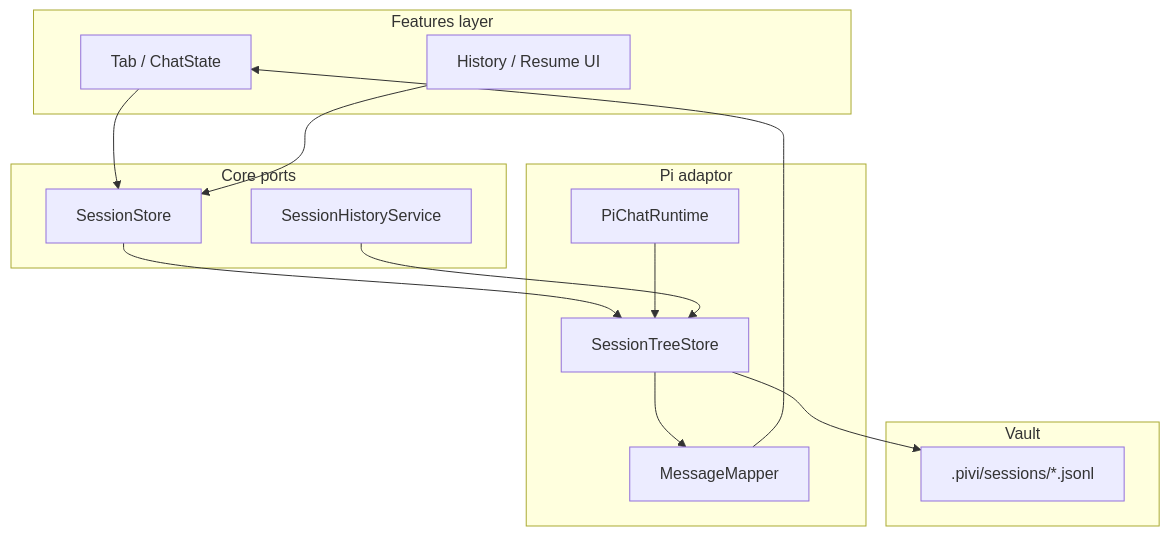
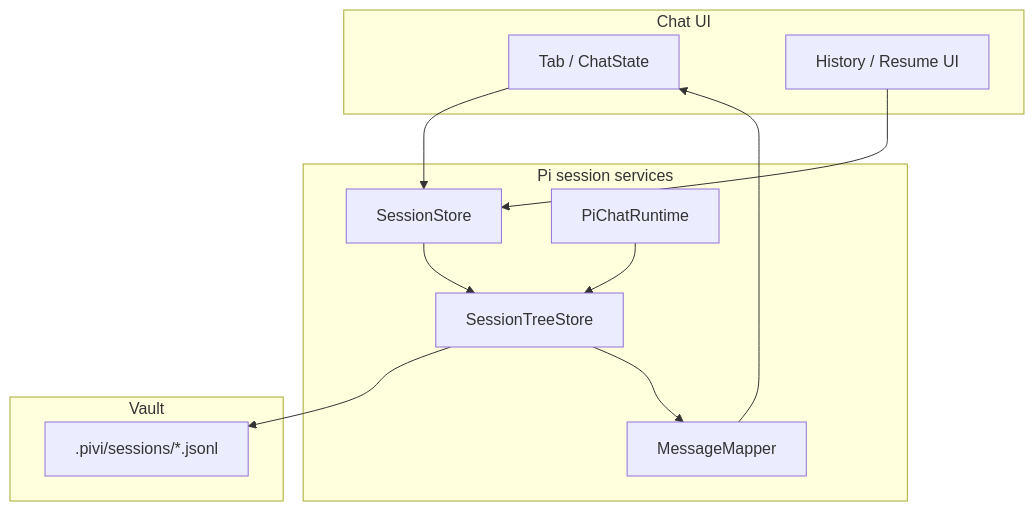
One commit to shuuul/obsidian-pivi changed the diagram in docs/specs/session-tree-spec.md. Above: the diagram before and after it, drawn with Mermaid. The commit also changed other lines of this file and 155 other files, not shown here.

````diff
--- a/docs/specs/session-tree-spec.md
+++ b/docs/specs/session-tree-spec.md
@@ -135,28 +135,24 @@
 ```mermaid
 flowchart TB
-  subgraph ui [Features layer]
+  subgraph ui [Chat UI]
     Tab[Tab / ChatState]
     Hist[History / Resume UI]
   end
-  subgraph core [Core ports]
+  subgraph pi [Pi session services]
     SS[SessionStore]
-    CH[SessionHistoryService]
-  end
-  subgraph pi [Pi adaptor]
     Bridge[SessionTreeStore]
     Map[MessageMapper]
     Runtime[PiChatRuntime]
   end
   subgraph disk [Vault]
     JSONL[".pivi/sessions/*.jsonl"]
   end
 
   Tab --> SS
   Hist --> SS
   SS --> Bridge
   Bridge --> JSONL
   Bridge --> Map
   Map --> Tab
   Runtime --> Bridge
-  CH --> Bridge
 ```
````
